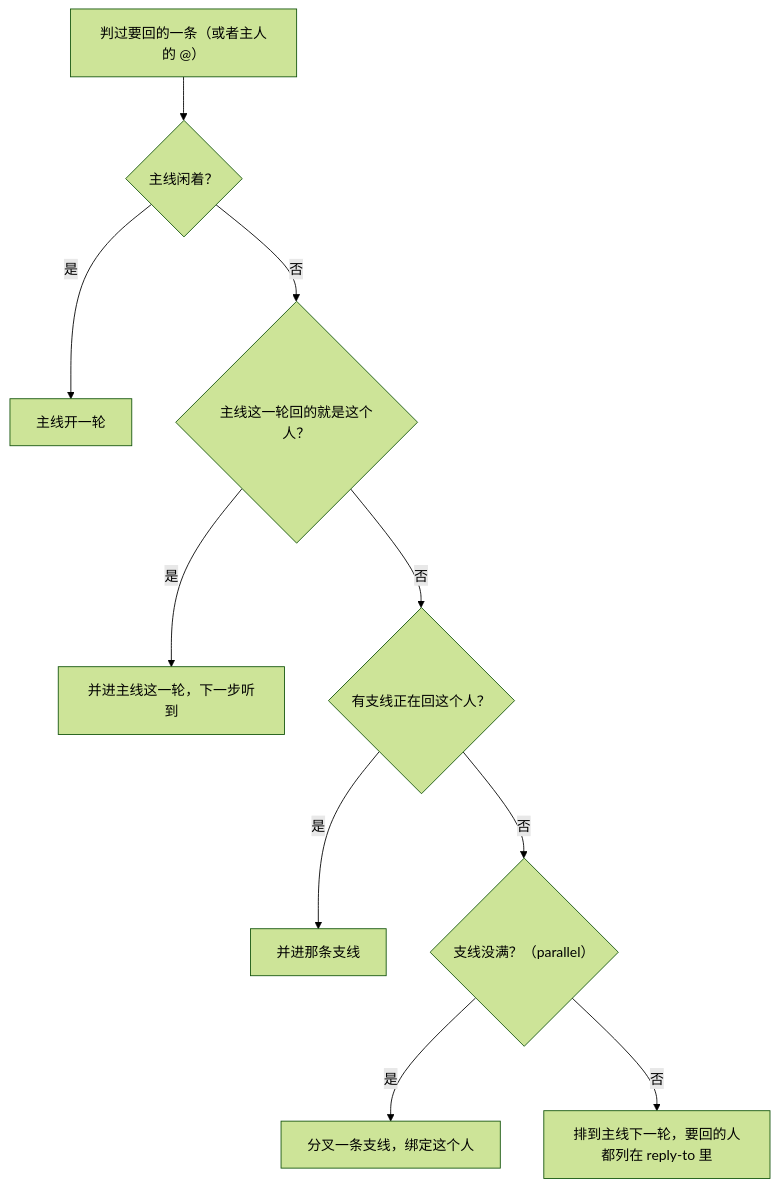
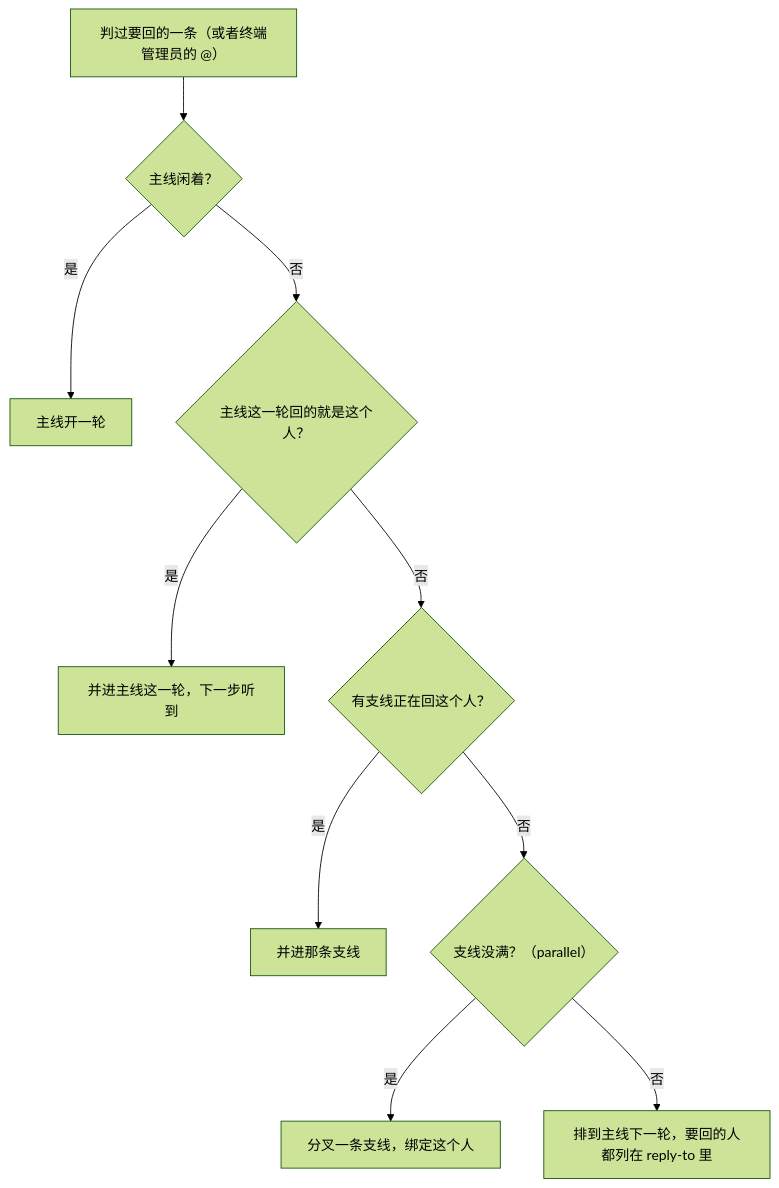
Before and after one commit to SHORiN-KiWATA/miyu-agent-remake: the fourth of 6 diagrams in docs/designs/18-通讯平台.md, drawn with Mermaid (forest theme). The commit also changed other lines of this file and 72 other files, not shown here.

````diff
--- a/docs/designs/18-通讯平台.md
+++ b/docs/designs/18-通讯平台.md
@@ -396,12 +398,12 @@
 ```mermaid
 flowchart TB
-    t["判过要回的一条（或者主人的 @）"] --> idle{"主线闲着？"}
+    t["判过要回的一条（或者终端管理员的 @）"] --> idle{"主线闲着？"}
     idle -- "是" --> mstart["主线开一轮"]
     idle -- "否" --> same{"主线这一轮回的就是这个人？"}
     same -- "是" --> join["并进主线这一轮，下一步听到"]
     same -- "否" --> lsame{"有支线正在回这个人？"}
     lsame -- "是" --> ljoin["并进那条支线"]
     lsame -- "否" --> room{"支线没满？（parallel）"}
     room -- "是" --> fork["分叉一条支线，绑定这个人"]
     room -- "否" --> queue["排到主线下一轮，要回的人都列在 reply-to 里"]
 ```
````
